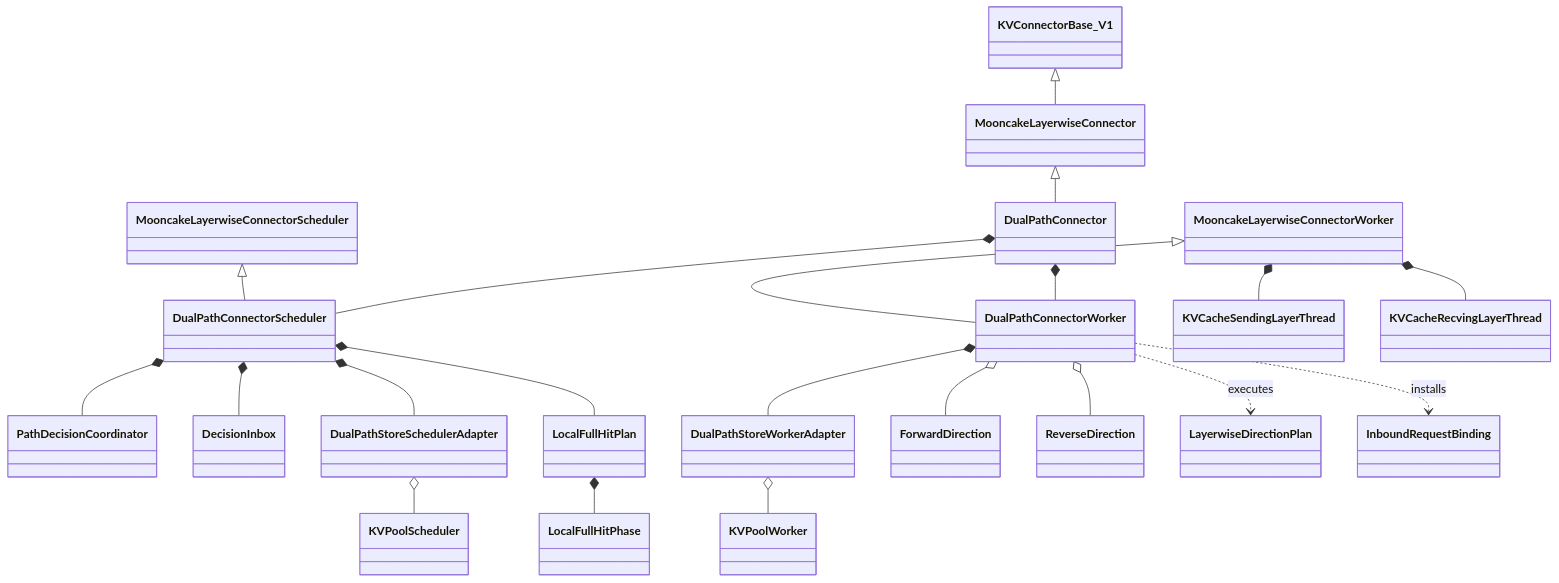
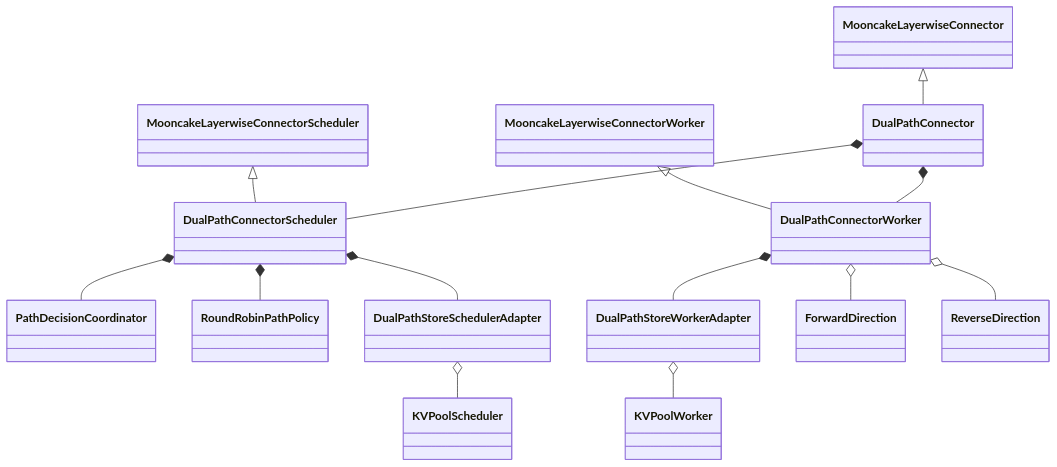
Before and after one commit to mazifan0120/vllm-ascend: the third of 5 diagrams in .specs/dual-path-stage1/2026-07-23-dual-path-connector-stage1-option-a-detailed-design.md, drawn with Mermaid. The commit also changed other lines of this file and 14 other files, not shown here.

First line of the commit message:
docs(specs): realign DualPath Stage 1 PR series around PE/DE commit model

````diff
--- a/.specs/dual-path-stage1/2026-07-23-dual-path-connector-stage1-option-a-detailed-design.md
+++ b/.specs/dual-path-stage1/2026-07-23-dual-path-connector-stage1-option-a-detailed-design.md
@@ -952,45 +549,31 @@
 ```mermaid
 classDiagram
-    class KVConnectorBase_V1
     class MooncakeLayerwiseConnector
     class MooncakeLayerwiseConnectorScheduler
     class MooncakeLayerwiseConnectorWorker
     class DualPathConnector
     class DualPathConnectorScheduler
     class DualPathConnectorWorker
     class PathDecisionCoordinator
-    class DecisionInbox
-    class LocalFullHitPlan
-    class LocalFullHitPhase
+    class RoundRobinPathPolicy
     class DualPathStoreSchedulerAdapter
     class DualPathStoreWorkerAdapter
     class ForwardDirection
     class ReverseDirection
-    class LayerwiseDirectionPlan
-    class InboundRequestBinding
-    class KVCacheSendingLayerThread
-    class KVCacheRecvingLayerThread
     class KVPoolScheduler
     class KVPoolWorker
 
-    KVConnectorBase_V1 <|-- MooncakeLayerwiseConnector
     MooncakeLayerwiseConnector <|-- DualPathConnector
     MooncakeLayerwiseConnectorScheduler <|-- DualPathConnectorScheduler
     MooncakeLayerwiseConnectorWorker <|-- DualPathConnectorWorker
     DualPathConnector *-- DualPathConnectorScheduler
     DualPathConnector *-- DualPathConnectorWorker
     DualPathConnectorScheduler *-- PathDecisionCoordinator
-    DualPathConnectorScheduler *-- DecisionInbox
+    DualPathConnectorScheduler *-- RoundRobinPathPolicy
     DualPathConnectorScheduler *-- DualPathStoreSchedulerAdapter
     DualPathConnectorWorker *-- DualPathStoreWorkerAdapter
-    DualPathConnectorScheduler *-- LocalFullHitPlan
-    LocalFullHitPlan *-- LocalFullHitPhase
     DualPathConnectorWorker o-- ForwardDirection
     DualPathConnectorWorker o-- ReverseDirection
-    DualPathConnectorWorker ..> LayerwiseDirectionPlan : executes
-    DualPathConnectorWorker ..> InboundRequestBinding : installs
-    MooncakeLayerwiseConnectorWorker *-- KVCacheSendingLayerThread
-    MooncakeLayerwiseConnectorWorker *-- KVCacheRecvingLayerThread
     DualPathStoreSchedulerAdapter o-- KVPoolScheduler
     DualPathStoreWorkerAdapter o-- KVPoolWorker
 ```
````
